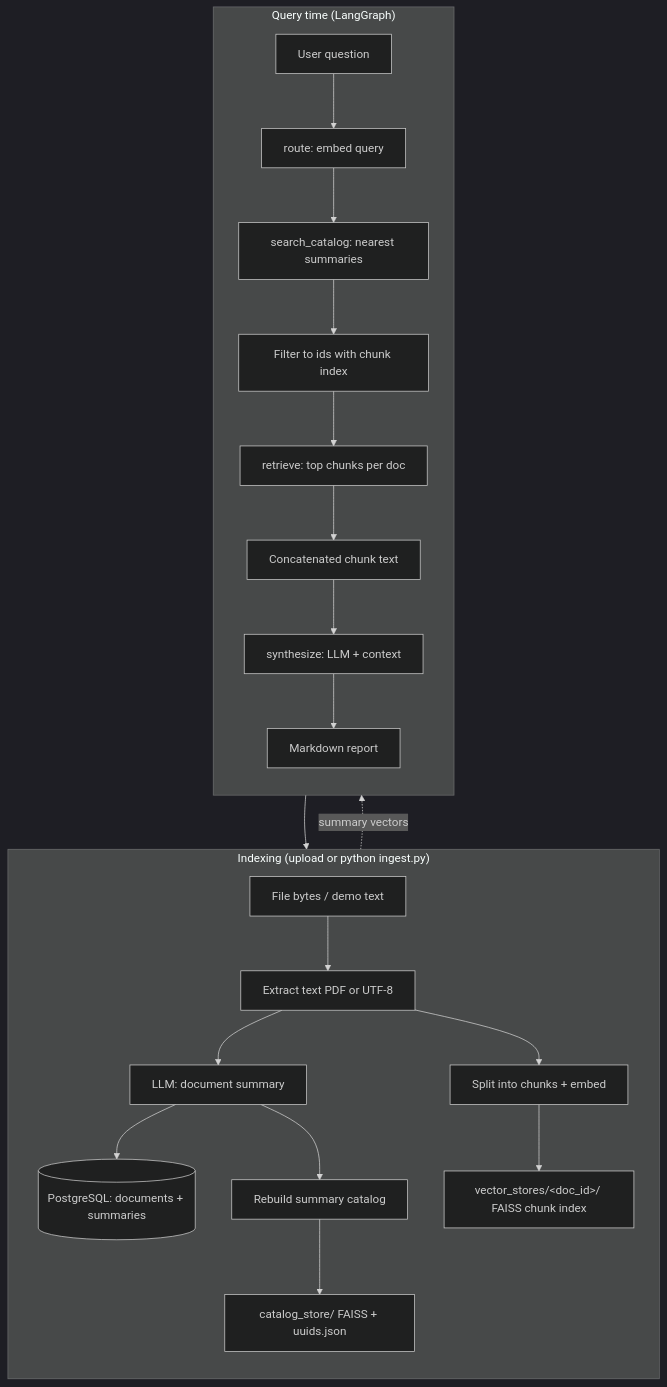
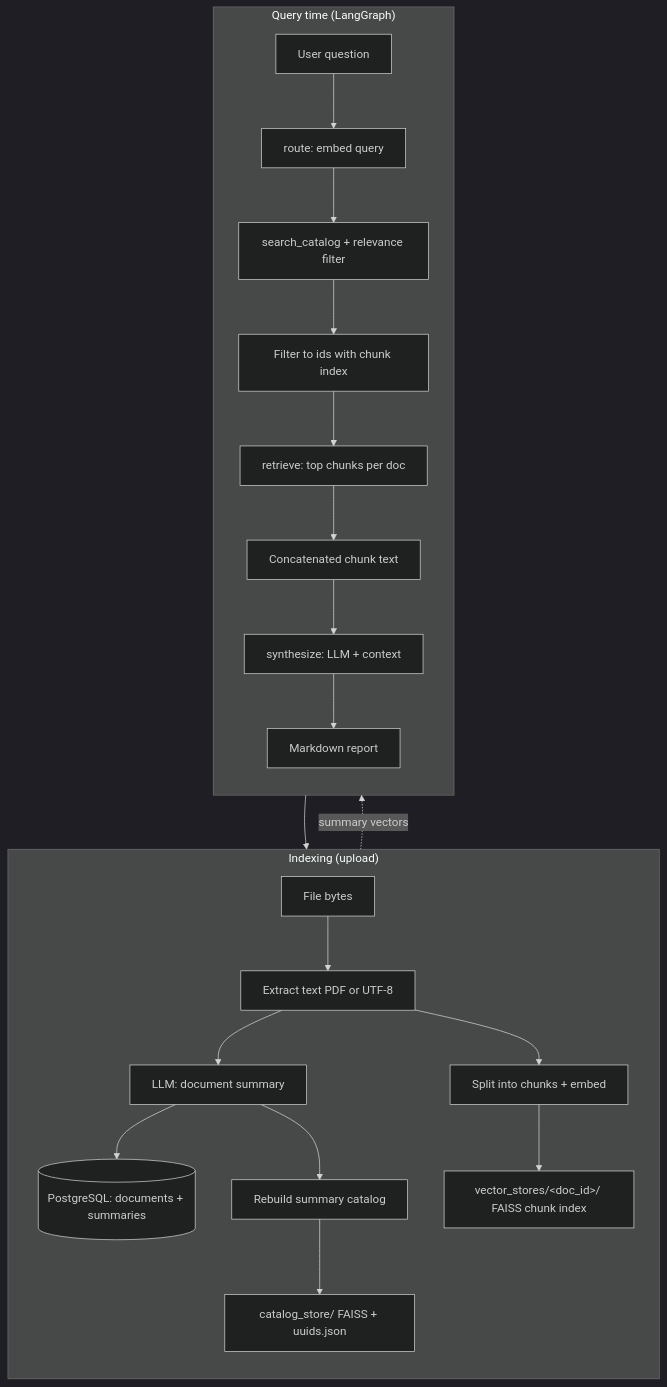
The first of 2 diagrams in README.md (maple3788/MultiDoc_Research_Agent), drawn with Mermaid (dark theme) before and after one commit. The commit also changed other lines of this file and 16 other files, not shown here.

````diff
--- a/README.md
+++ b/README.md
@@ -7,27 +7,27 @@
 ```mermaid
 flowchart TB
-  subgraph ingest["Indexing (upload or python ingest.py)"]
+  subgraph ingest["Indexing (upload)"]
     direction TB
-    U[File bytes / demo text] --> TXT[Extract text PDF or UTF-8]
+    U[File bytes] --> TXT[Extract text PDF or UTF-8]
     TXT --> SUM[LLM: document summary]
     SUM --> DB[(PostgreSQL: documents + summaries)]
     TXT --> CH[Split into chunks + embed]
     CH --> VS["vector_stores/&lt;doc_id&gt;/ FAISS chunk index"]
     SUM --> CAT_REBUILD[Rebuild summary catalog]
     CAT_REBUILD --> CAT["catalog_store/ FAISS + uuids.json"]
   end
 
   subgraph runtime["Query time (LangGraph)"]
     direction TB
     Q[User question] --> ROUTE[route: embed query]
-    ROUTE --> SC[search_catalog: nearest summaries]
+    ROUTE --> SC["search_catalog + relevance filter"]
     SC --> F["Filter to ids with chunk index"]
     F --> RET[retrieve: top chunks per doc]
     RET --> VS
     RET --> CTX[Concatenated chunk text]
     CTX --> SYN[synthesize: LLM + context]
     SYN --> OUT[Markdown report]
   end
 
   CAT -.->|"summary vectors"| SC
 ```
````
